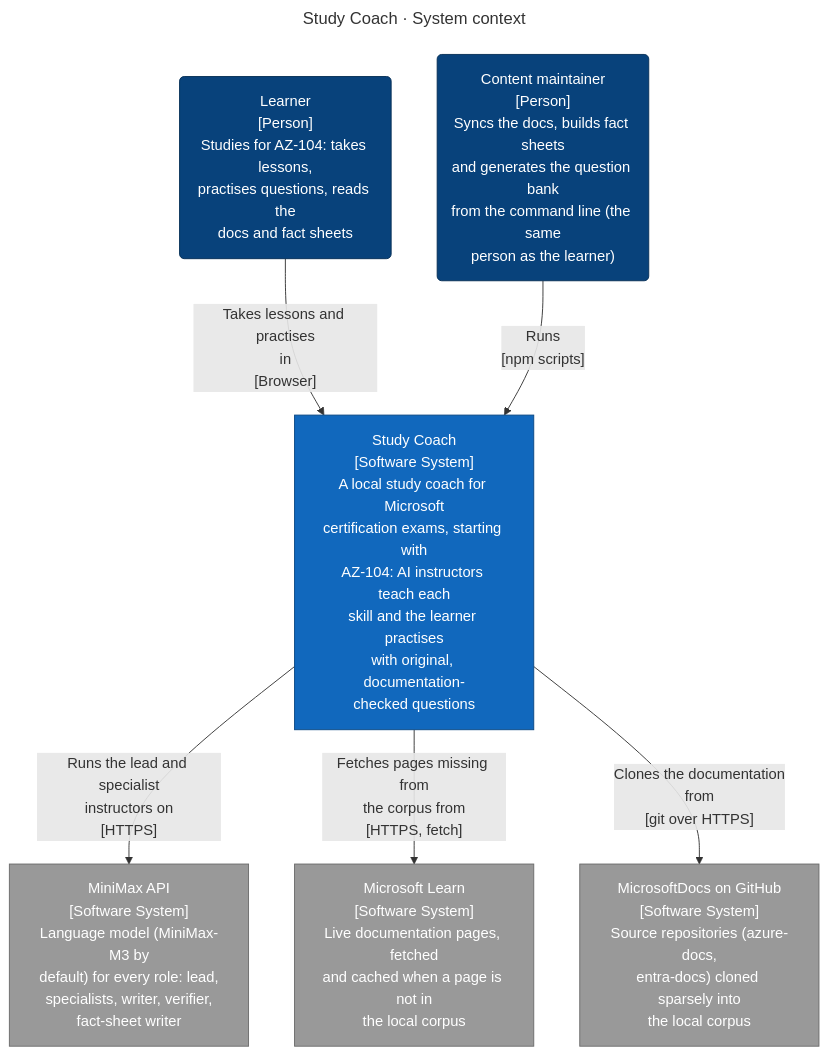
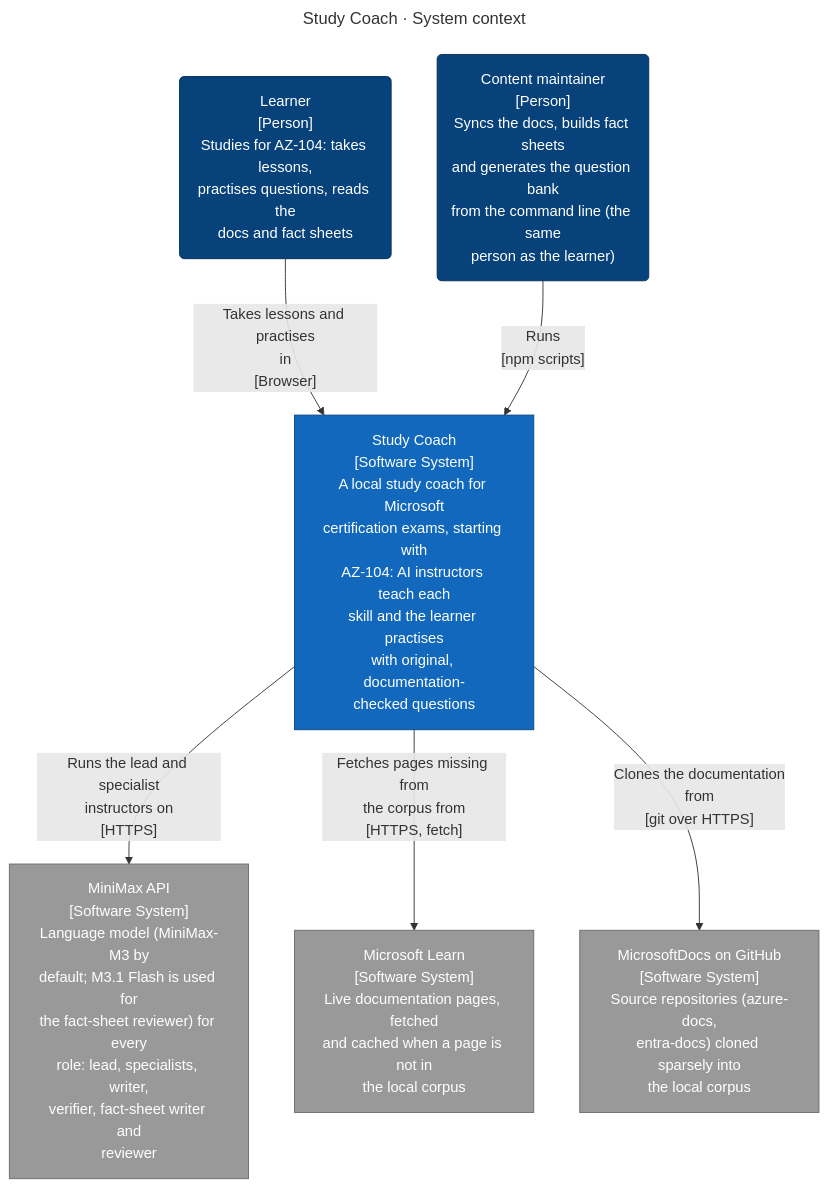
One commit to ythalorossy/study-coach changed the first of 8 diagrams in architecture-docs/study-coach/ArchitectureReport.md. Above: the diagram before and after it, drawn with Mermaid. The commit also changed other lines of this file and 15 other files, not shown here.

Commit message:
docs: refresh the architecture report for the new folders, reviewer agent and question bank

````diff
--- a/architecture-docs/study-coach/ArchitectureReport.md
+++ b/architecture-docs/study-coach/ArchitectureReport.md
@@ -80,26 +81,26 @@
 ```mermaid
 ---
 title: "Study Coach · System context"
 ---
 flowchart TB
     learner("Learner<br/>[Person]<br/>Studies for AZ-104: takes lessons,<br/>practises questions, reads the<br/>docs and fact sheets")
     maintainer("Content maintainer<br/>[Person]<br/>Syncs the docs, builds fact sheets<br/>and generates the question bank<br/>from the command line (the same<br/>person as the learner)")
     system["Study Coach<br/>[Software System]<br/>A local study coach for Microsoft<br/>certification exams, starting with<br/>AZ-104: AI instructors teach each<br/>skill and the learner practises<br/>with original, documentation-<br/>checked questions"]
-    ext_minimax["MiniMax API<br/>[Software System]<br/>Language model (MiniMax-M3 by<br/>default) for every role: lead,<br/>specialists, writer, verifier,<br/>fact-sheet writer"]
+    ext_minimax["MiniMax API<br/>[Software System]<br/>Language model (MiniMax-M3 by<br/>default; M3.1 Flash is used for<br/>the fact-sheet reviewer) for every<br/>role: lead, specialists, writer,<br/>verifier, fact-sheet writer and<br/>reviewer"]
     ext_learn["Microsoft Learn<br/>[Software System]<br/>Live documentation pages, fetched<br/>and cached when a page is not in<br/>the local corpus"]
     ext_github_docs["MicrosoftDocs on GitHub<br/>[Software System]<br/>Source repositories (azure-docs,<br/>entra-docs) cloned sparsely into<br/>the local corpus"]
     learner -->|"Takes lessons and practises<br/>in<br/>[Browser]"| system
     maintainer -->|"Runs<br/>[npm scripts]"| system
     system -->|"Runs the lead and specialist<br/>instructors on<br/>[HTTPS]"| ext_minimax
     system -->|"Fetches pages missing from<br/>the corpus from<br/>[HTTPS, fetch]"| ext_learn
     system -->|"Clones the documentation<br/>from<br/>[git over HTTPS]"| ext_github_docs
     classDef person fill:#08427b,stroke:#052e56,color:#ffffff
     classDef container fill:#1168bd,stroke:#0b4884,color:#ffffff
     classDef system fill:#1168bd,stroke:#0b4884,color:#ffffff
     classDef component fill:#85bbf0,stroke:#5d82a8,color:#000000
     classDef external fill:#999999,stroke:#6b6b6b,color:#ffffff
     classDef shared fill:#dbe9f6,stroke:#5d82a8,color:#000000,stroke-dasharray:4 3
     class learner,maintainer person
     class system system
     class ext_minimax,ext_learn,ext_github_docs external
 ```
````
